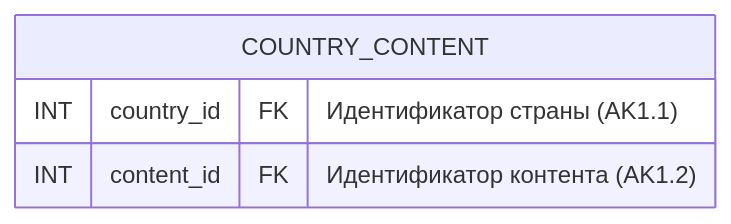
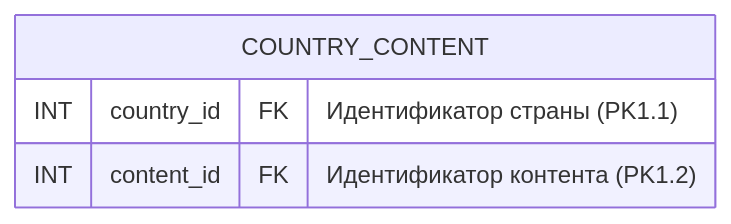
Before and after one commit to go-park-mail-ru/2024_1_Cyberkotletki: diagram 19 of 21 in db/normalized/relations.md, drawn with Mermaid. The commit also changed other lines of this file and 2 other files, not shown here.

````diff
--- a/db/normalized/relations.md
+++ b/db/normalized/relations.md
@@ -484,7 +484,7 @@
 ```mermaid
 erDiagram
     COUNTRY_CONTENT {
-        INT country_id FK "Идентификатор страны (AK1.1)"
-        INT content_id FK "Идентификатор контента (AK1.2)"
+        INT country_id FK "Идентификатор страны (PK1.1)"
+        INT content_id FK "Идентификатор контента (PK1.2)"
     }
 ```
````
